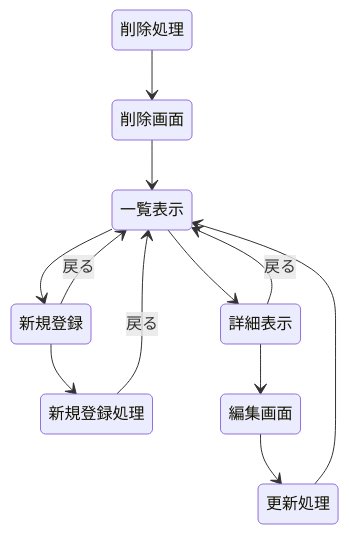
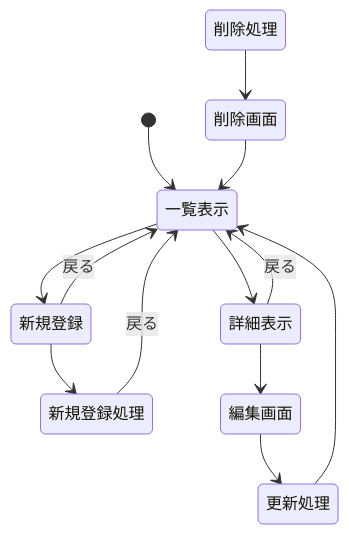
One commit to Sato907/webpro_06 changed the diagram in spec.md. Above: the diagram before and after it, drawn with Mermaid. The commit also changed other lines of this file and 3 other files, not shown here.

````diff
--- a/spec.md
+++ b/spec.md
@@ -87,16 +104,17 @@
 ```mermaid
 stateDiagram-v2
+    [*] --> 一覧表示 
     一覧表示 --> 詳細表示
     一覧表示 --> 新規登録
     新規登録 --> 一覧表示:戻る
     新規登録 --> 新規登録処理
     新規登録処理　--> 一覧表示:戻る
     詳細表示 --> 一覧表示:戻る
     詳細表示 --> 編集画面
     編集画面 --> 更新処理
     更新処理 --> 一覧表示
     削除処理 --> 削除画面
     削除画面 --> 一覧表示
 
 
 ```
````
